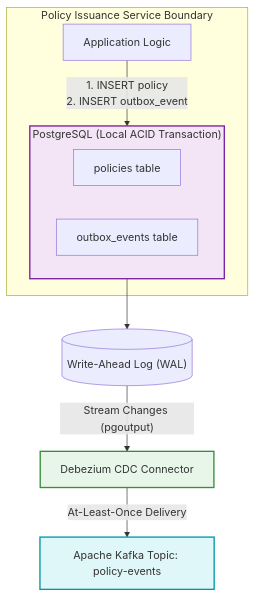
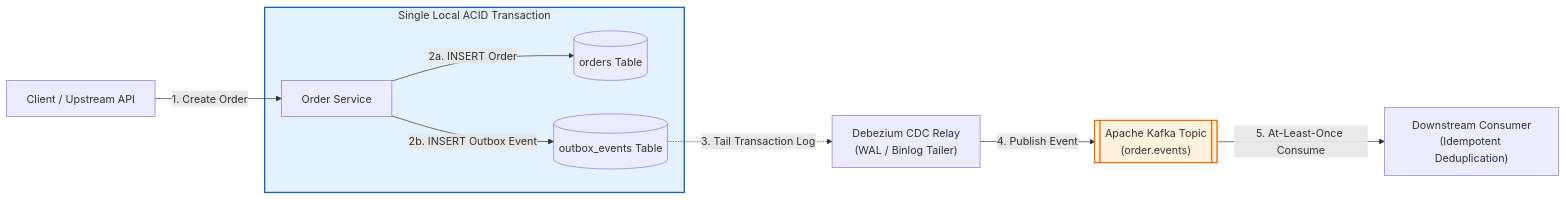
Before and after one commit to ArivuBuilds/java-distributed-systems-playbook: the diagram in 02-microservices-patterns-series/09-transactional-outbox-pattern/README.md, drawn with Mermaid. The commit also changed other lines of this file, not shown here.

Commit message:
docs(microservices): add architectural README and Mermaid diagram

````diff
--- a/02-microservices-patterns-series/09-transactional-outbox-pattern/README.md
+++ b/02-microservices-patterns-series/09-transactional-outbox-pattern/README.md
@@ -29,24 +10,24 @@
 ```mermaid
-flowchart TD
-    subgraph Microservice ["Policy Issuance Service Boundary"]
-        App["Application Logic"]
-        subgraph DB ["PostgreSQL (Local ACID Transaction)"]
-            T1["policies table"]
-            T2["outbox_events table"]
-        end
-        App -->|"1. INSERT policy<br/>2. INSERT outbox_event"| DB
+flowchart LR
+    Client["Client / Upstream API"]
+
+    subgraph LocalACID ["Single Local ACID Transaction"]
+        OrderSvc["Order Service"]
+        DomainTbl[("orders Table")]
+        OutboxTbl[("outbox_events Table")]
     end
 
-    WAL[("Write-Ahead Log (WAL)")]
-    DB --> WAL
+    CDC["Debezium CDC Relay<br/>(WAL / Binlog Tailer)"]
+    Kafka[["Apache Kafka Topic<br/>(order.events)"]]
+    Consumer["Downstream Consumer<br/>(Idempotent Deduplication)"]
 
-    Debezium["Debezium CDC Connector"]
-    WAL -->|"Stream Changes (pgoutput)"| Debezium
+    Client -->|"1. Create Order"| OrderSvc
+    OrderSvc -->|"2a. INSERT Order"| DomainTbl
+    OrderSvc -->|"2b. INSERT Outbox Event"| OutboxTbl
+    OutboxTbl -.->|"3. Tail Transaction Log"| CDC
+    CDC -->|"4. Publish Event"| Kafka
+    Kafka -->|"5. At-Least-Once Consume"| Consumer
 
-    Kafka["Apache Kafka Topic: policy-events"]
-    Debezium -->|"At-Least-Once Delivery"| Kafka
-
-    style DB fill:#f3e5f5,stroke:#7b1fa2,stroke-width:2px
-    style Debezium fill:#e8f5e9,stroke:#388e3c,stroke-width:2px
-    style Kafka fill:#e0f7fa,stroke:#0097a7,stroke-width:2px
+    style LocalACID fill:#e3f2fd,stroke:#1565c0,stroke-width:2px
+    style Kafka fill:#fff3e0,stroke:#ef6c00,stroke-width:2px
 ```
````
